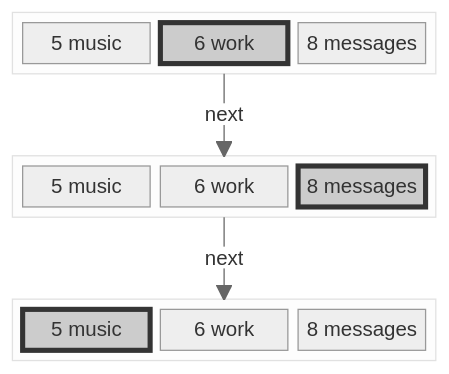
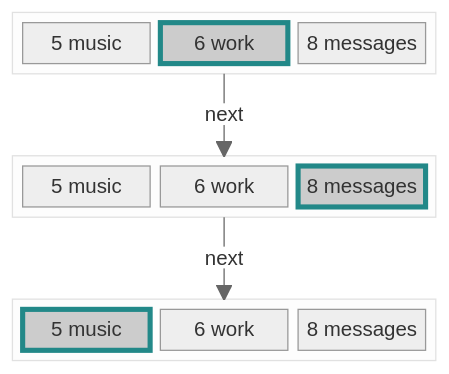
The second of 10 diagrams in README.md (berezowski/swaymsg_workspace), drawn with Mermaid (neutral theme) before and after one commit. The commit also changed other lines of this file, not shown here.

````diff
--- a/README.md
+++ b/README.md
@@ -72,26 +72,26 @@
 ```mermaid
 block-beta
   columns 3
   block:a:3
     A["5 music"]
     B["6 work"]
     C["8 messages"]
   end
   space:3
   block:b:3
     D["5 music"]
     E["6 work"]
     F["8 messages"]
   end
   space:3
   block:c:3
     G["5 music"]
     H["6 work"]
     I["8 messages"]
   end
   a -- "next" --> b
   b -- "next" --> c
-  style B fill:#ccc,stroke:#333,stroke-width:4px
-  style F fill:#ccc,stroke:#333,stroke-width:4px
-  style G fill:#ccc,stroke:#333,stroke-width:4px
+  style B fill:#ccc,stroke:#288,stroke-width:4px,color:#000
+  style F fill:#ccc,stroke:#288,stroke-width:4px,color:#000
+  style G fill:#ccc,stroke:#288,stroke-width:4px,color:#000
 ```
````
